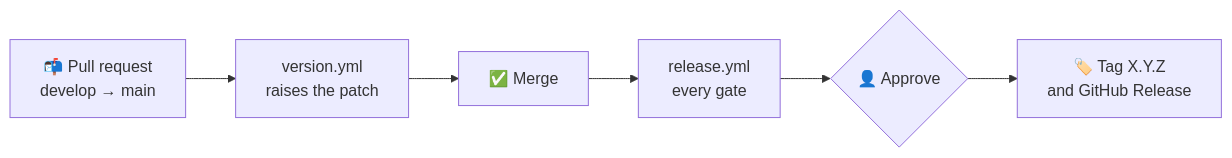
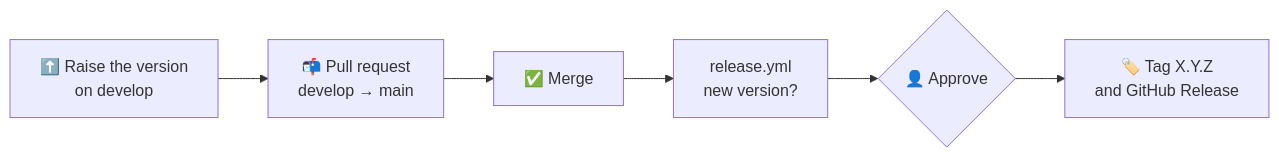
Before and after one commit to qeetgroup/qeetrix-ios: the fourth of 4 diagrams in CONTRIBUTING.md, drawn with Mermaid. The commit also changed other lines of this file and 7 other files, not shown here.

First line of the commit message:
ci: every check runs once, on develop; after a merge only the release runs

````diff
--- a/CONTRIBUTING.md
+++ b/CONTRIBUTING.md
@@ -114,8 +114,8 @@
 ```mermaid
 flowchart LR
-    A["📬 Pull request<br/>develop → main"] --> B["version.yml<br/>raises the patch"]
+    A["⬆️ Raise the version<br/>on develop"] --> B["📬 Pull request<br/>develop → main"]
     B --> C["✅ Merge"]
-    C --> D["release.yml<br/>every gate"]
+    C --> D["release.yml<br/>new version?"]
     D --> E{"👤 Approve"}
     E --> F["🏷️ Tag X.Y.Z<br/>and GitHub Release"]
 ```
````
